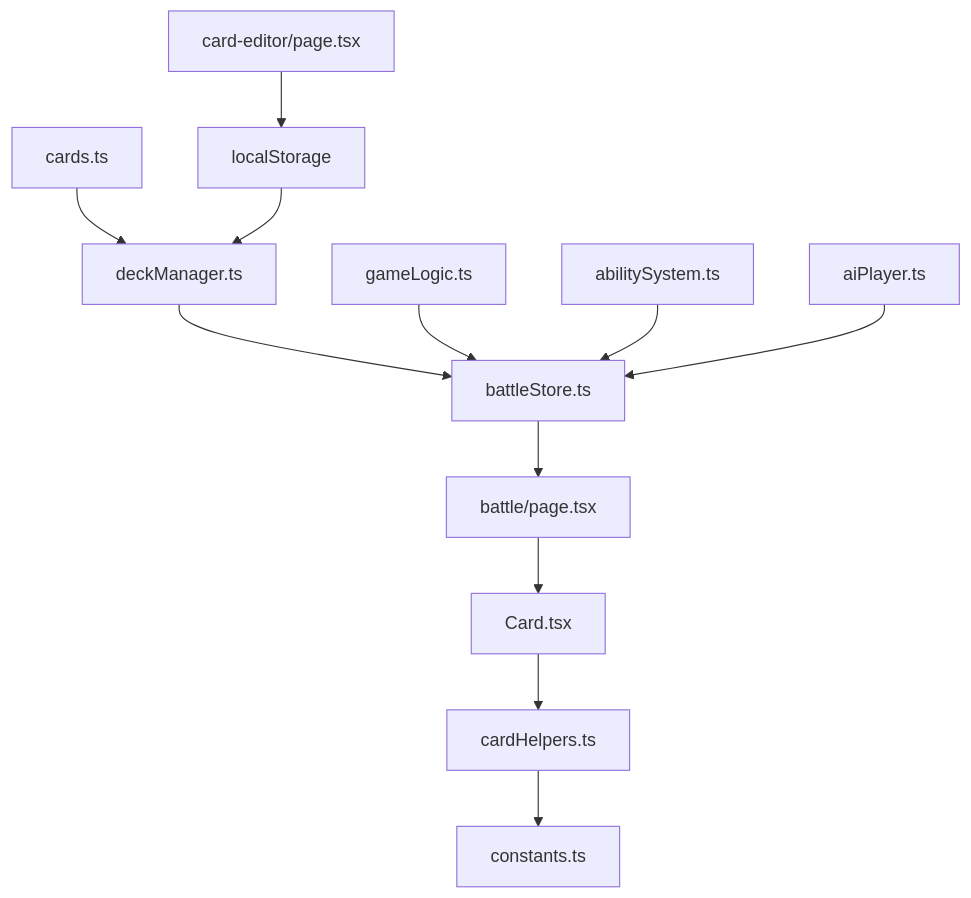
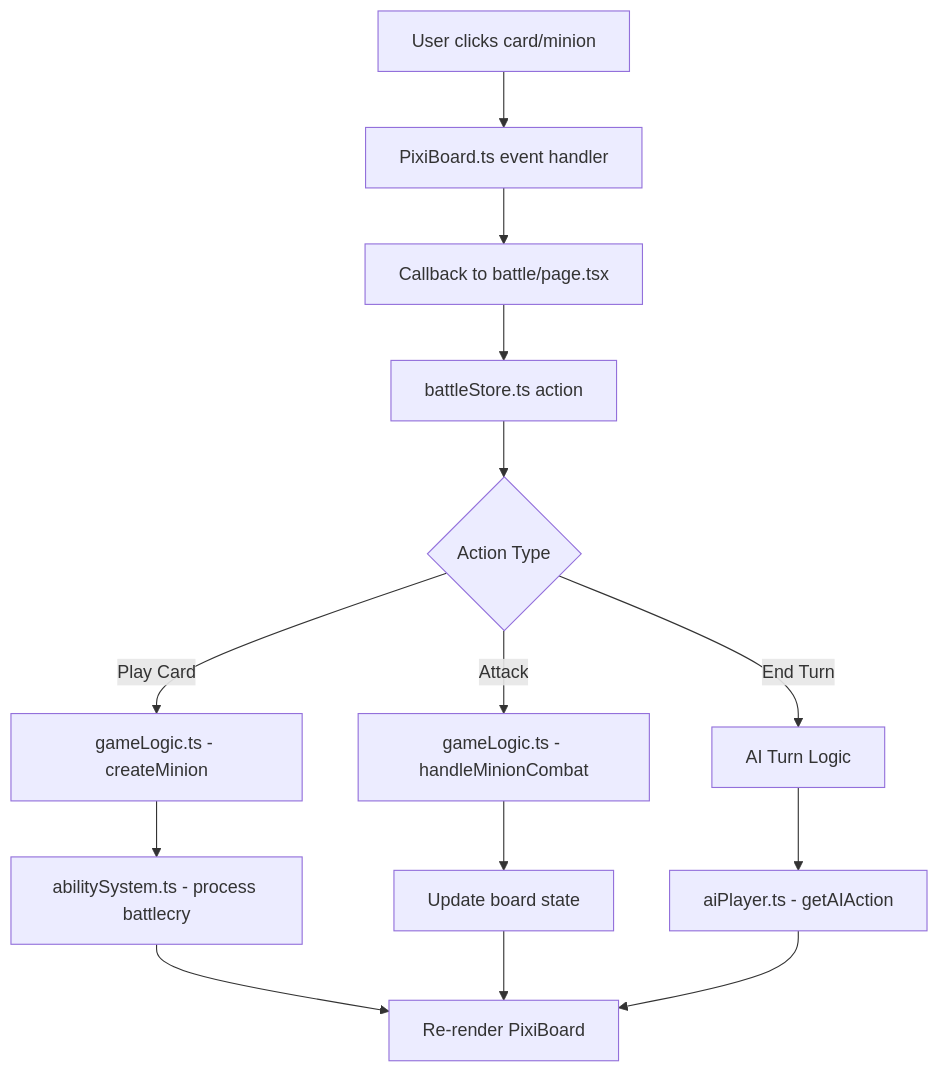
The third of 4 diagrams in README.md (StephenJamesDunne/final-year-project), drawn with Mermaid before and after one commit. The commit also changed other lines of this file and 1 other file, not shown here.

````diff
--- a/README.md
+++ b/README.md
@@ -119,16 +132,19 @@
 ```mermaid
 graph TD
-    A[cards.ts] --> B[deckManager.ts]
-    B --> C[battleStore.ts]
-    C --> D[battle/page.tsx]
-    D --> E[Card.tsx]
-    E --> F[cardHelpers.ts]
-    F --> G[constants.ts]
+    A[User clicks card/minion] --> B[PixiBoard.ts event handler]
+    B --> C[Callback to battle/page.tsx]
+    C --> D[battleStore.ts action]
+    D --> E{Action Type}
     
-    H[gameLogic.ts] --> C
-    I[abilitySystem.ts] --> C
-    J[aiPlayer.ts] --> C
+    E -->|Play Card| F[gameLogic.ts - createMinion]
+    E -->|Attack| G[gameLogic.ts - handleMinionCombat]
+    E -->|End Turn| H[AI Turn Logic]
     
-    K[card-editor/page.tsx] --> L[localStorage]
-    L --> B
+    F --> I[abilitySystem.ts - process battlecry]
+    G --> J[Update board state]
+    H --> K[aiPlayer.ts - getAIAction]
+    
+    I --> L[Re-render PixiBoard]
+    J --> L
+    K --> L
 ```
````
